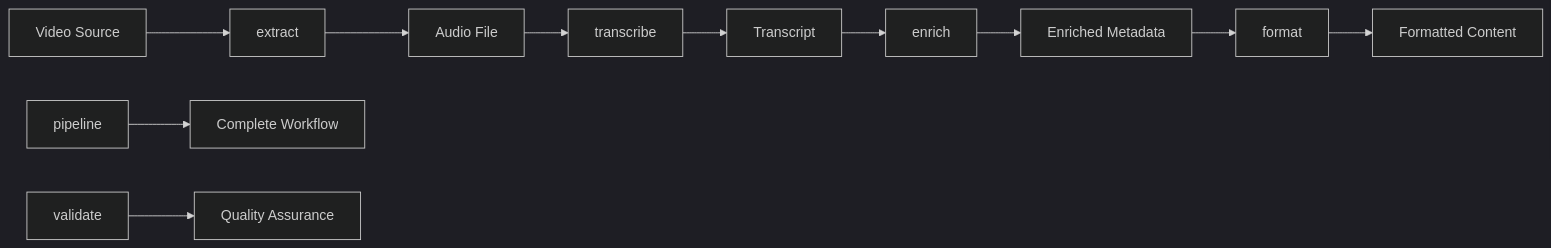
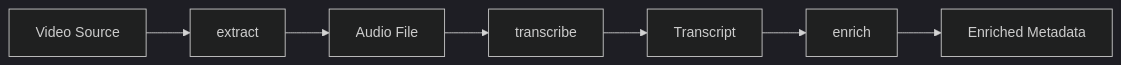
The diagram in docs/cli-commands.md (smahmud/content-pipeline), drawn with Mermaid (dark theme) before and after one commit. The commit also changed other lines of this file and 16 other files, not shown here.

````diff
--- a/docs/cli-commands.md
+++ b/docs/cli-commands.md
@@ -271,14 +227,9 @@
 ```mermaid
 graph LR
     A[Video Source] --> B[extract]
     B --> C[Audio File]
     C --> D[transcribe]
     D --> E[Transcript]
     E --> F[enrich]
     F --> G[Enriched Metadata]
-    G --> H[format]
-    H --> I[Formatted Content]
-    
-    J[pipeline] --> K[Complete Workflow]
-    L[validate] --> M[Quality Assurance]
 ```
````
